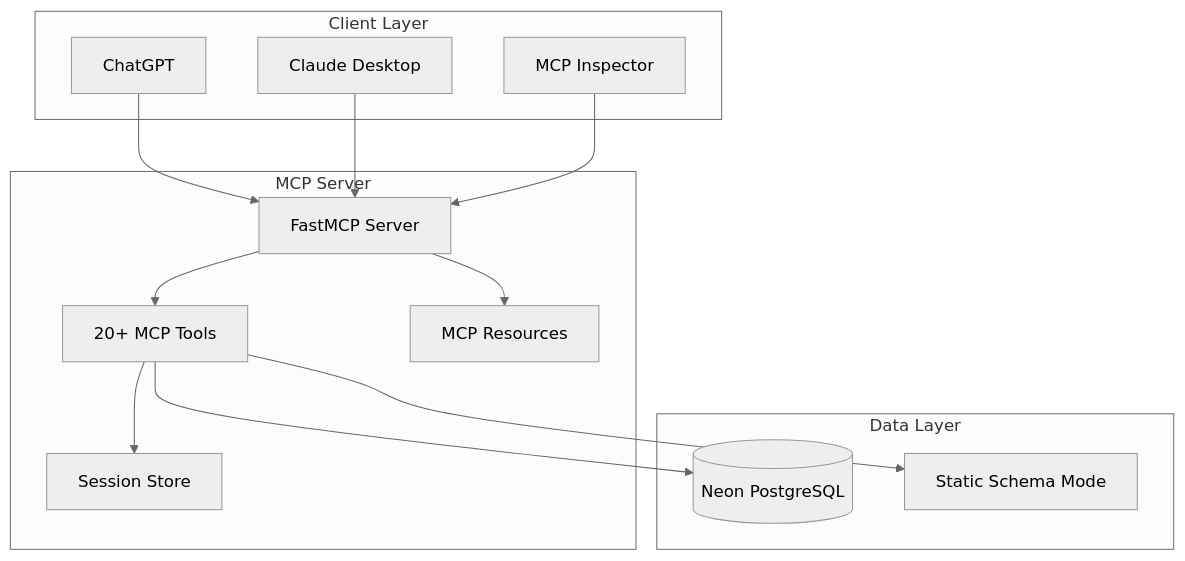
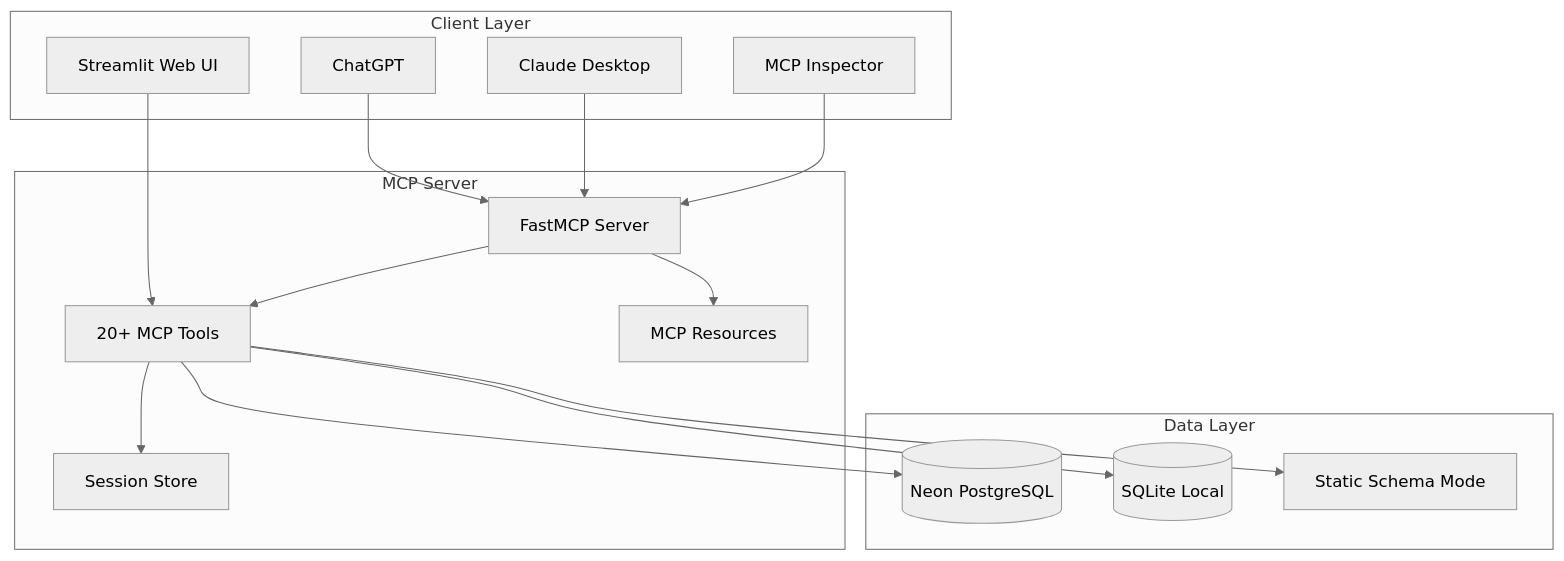
Before and after one commit to pankajshakya627/sql-mcp: the diagram in README.md, drawn with Mermaid (neutral theme). The commit also changed other lines of this file, not shown here.

Commit message:
Updated README with Streamlit UI, SQLite, and PR-Agent docs

````diff
--- a/README.md
+++ b/README.md
@@ -270,29 +360,33 @@
 ```mermaid
 graph TB
     subgraph "Client Layer"
         ChatGPT[ChatGPT]
         Claude[Claude Desktop]
         Inspector[MCP Inspector]
+        StreamlitUI[Streamlit Web UI]
     end
 
     subgraph "MCP Server"
         FastMCP[FastMCP Server]
         Tools[20+ MCP Tools]
         Resources[MCP Resources]
         Sessions[Session Store]
     end
 
     subgraph "Data Layer"
         Neon[(Neon PostgreSQL)]
+        SQLite[(SQLite Local)]
         Static[Static Schema Mode]
     end
 
     ChatGPT --> FastMCP
     Claude --> FastMCP
     Inspector --> FastMCP
+    StreamlitUI --> Tools
     FastMCP --> Tools
     FastMCP --> Resources
     Tools --> Sessions
     Tools --> Neon
+    Tools --> SQLite
     Tools --> Static
 ```
````
